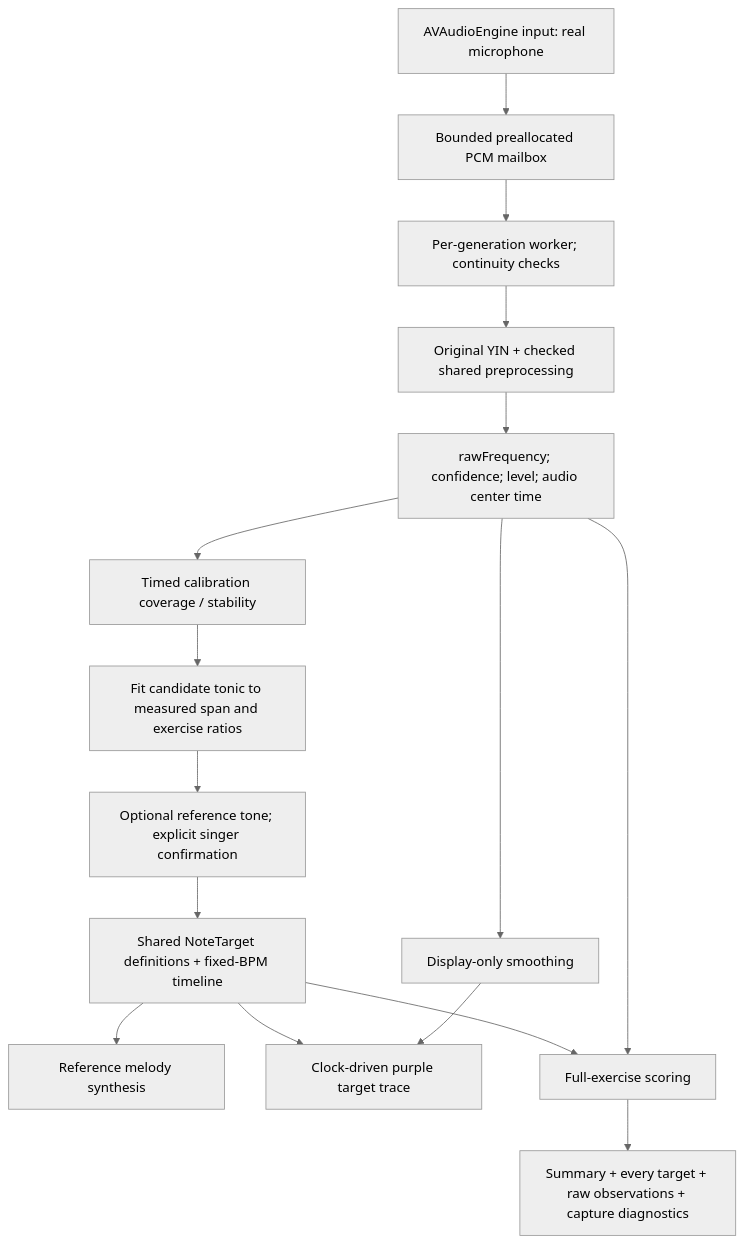
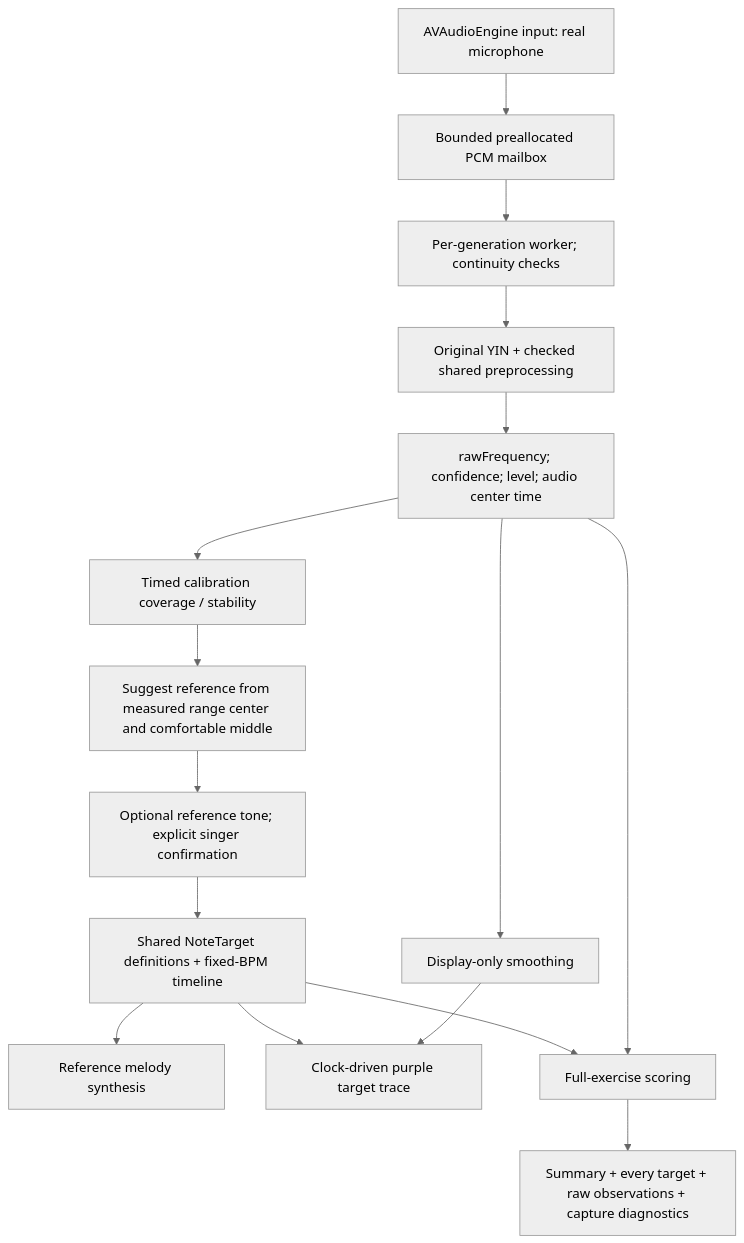
The second of 2 diagrams in docs/AUDIT.md (Aniruddh2708/swarsaathi-prototype), drawn with Mermaid (neutral theme) before and after one commit. The commit also changed other lines of this file and 17 other files, not shown here.

Commit message:
Decouple voice calibration and confirmed Sa from exercise range checks

````diff
--- a/docs/AUDIT.md
+++ b/docs/AUDIT.md
@@ -47,18 +47,18 @@
 ```mermaid
 flowchart TD
     Mic[AVAudioEngine input: real microphone] --> Mailbox[Bounded preallocated PCM mailbox]
     Mailbox --> Worker[Per-generation worker; continuity checks]
     Worker --> YIN[Original YIN + checked shared preprocessing]
     YIN --> Raw[rawFrequency; confidence; level; audio center time]
     Raw --> Calibration[Timed calibration coverage / stability]
-    Calibration --> Fit[Fit candidate tonic to measured span and exercise ratios]
+    Calibration --> Fit[Suggest reference from measured range center and comfortable middle]
     Fit --> Audition[Optional reference tone; explicit singer confirmation]
     Audition --> Targets[Shared NoteTarget definitions + fixed-BPM timeline]
     Targets --> Reference[Reference melody synthesis]
     Targets --> Graph[Clock-driven purple target trace]
     Targets --> Scorer[Full-exercise scoring]
     Raw --> Scorer
     Raw --> Smoothing[Display-only smoothing]
     Smoothing --> Graph
     Scorer --> JSON[Summary + every target + raw observations + capture diagnostics]
 ```
````
